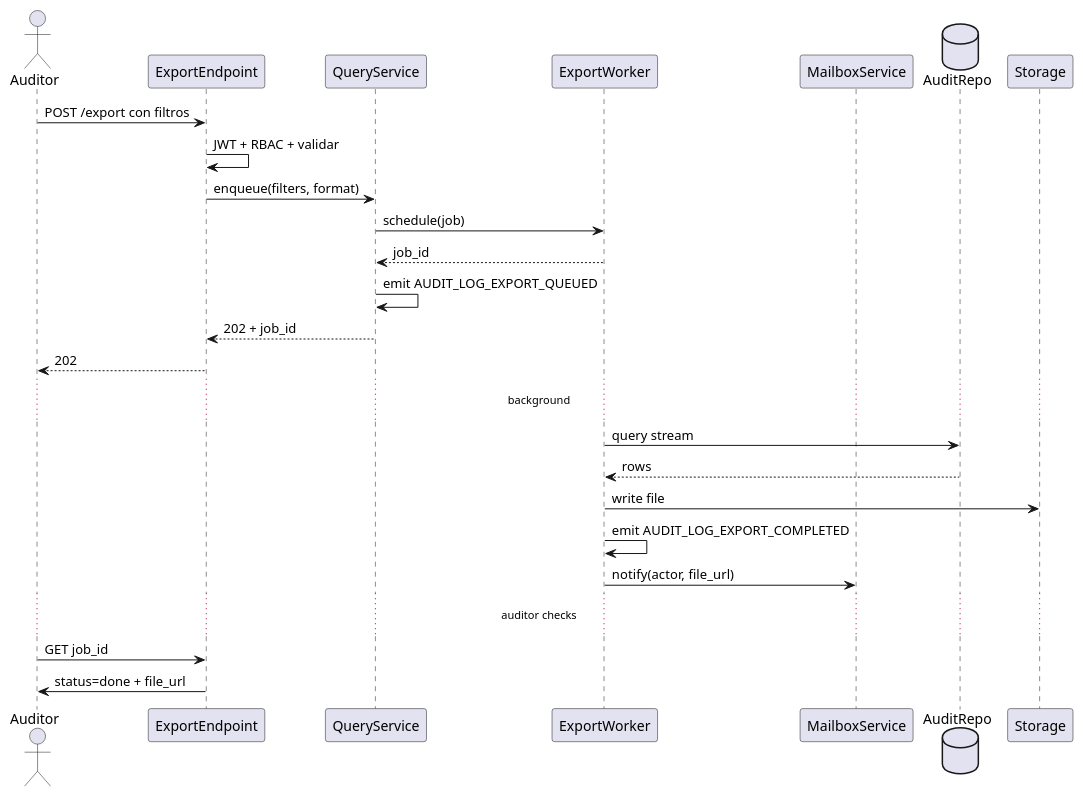
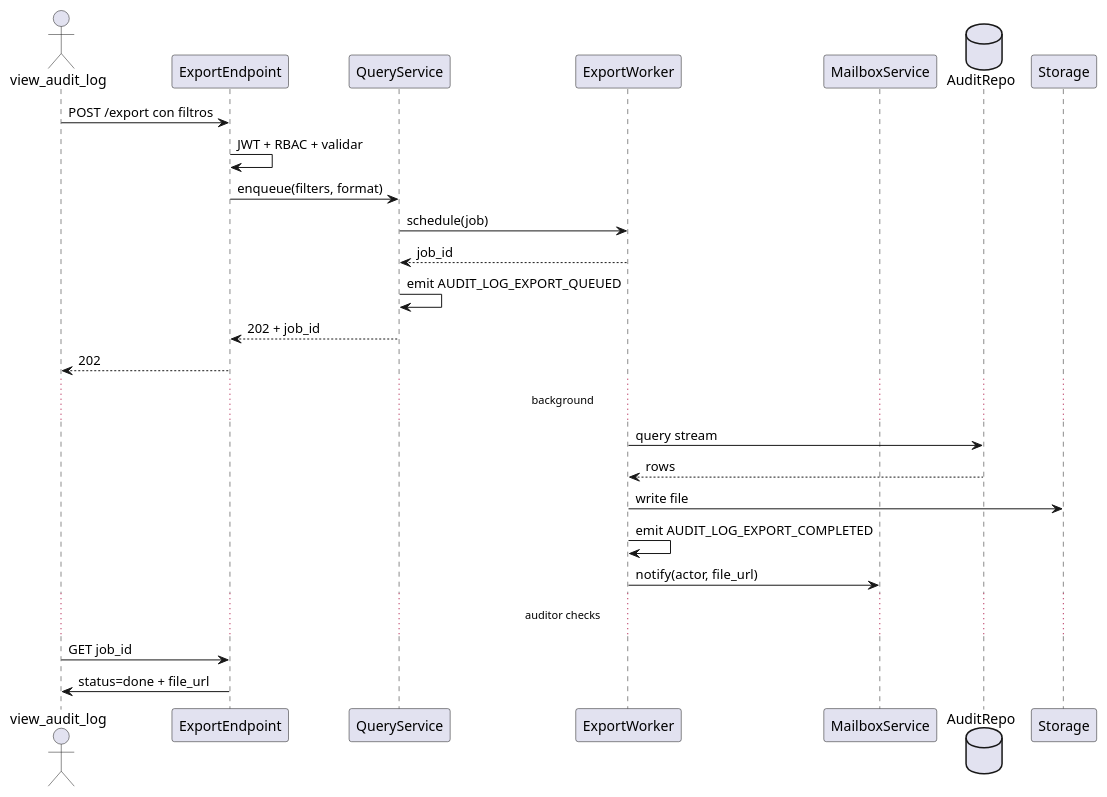
The fourth of 4 diagrams in source/requisitos/casos-uso/permissions/uc-perm-10/diagramas-uml.rst (jcg-admin/IACT-docs), drawn with PlantUML before and after one commit. The commit also changed 157 other files, not shown here.

First line of the commit message:
Enforce catalog function names across all diagrams

```diff
--- a/source/requisitos/casos-uso/permissions/uc-perm-10/diagramas-uml.rst
+++ b/source/requisitos/casos-uso/permissions/uc-perm-10/diagramas-uml.rst
@@ -123,34 +123,34 @@
 .. uml::
  :caption: UC_PERM_10 — export async
 
  @startuml
 
- actor "Auditor" as A
+ actor "view_audit_log" as A
  participant "ExportEndpoint" as EE
  participant "QueryService" as QS
  participant "ExportWorker" as EW
  participant "MailboxService" as MB
  database "AuditRepo" as DB
  participant "Storage" as ST
 
  A -> EE: POST /export con filtros
  EE -> EE: JWT + RBAC + validar
  EE -> QS: enqueue(filters, format)
  QS -> EW: schedule(job)
  EW --> QS: job_id
  QS -> QS: emit AUDIT_LOG_EXPORT_QUEUED
  QS --> EE: 202 + job_id
  EE --> A: 202
 
  ... background ...
  EW -> DB: query stream
  DB --> EW: rows
  EW -> ST: write file
  EW -> EW: emit AUDIT_LOG_EXPORT_COMPLETED
  EW -> MB: notify(actor, file_url)
 
  ... auditor checks ...
  A -> EE: GET job_id
  EE -> A: status=done + file_url
 
  @enduml
```
